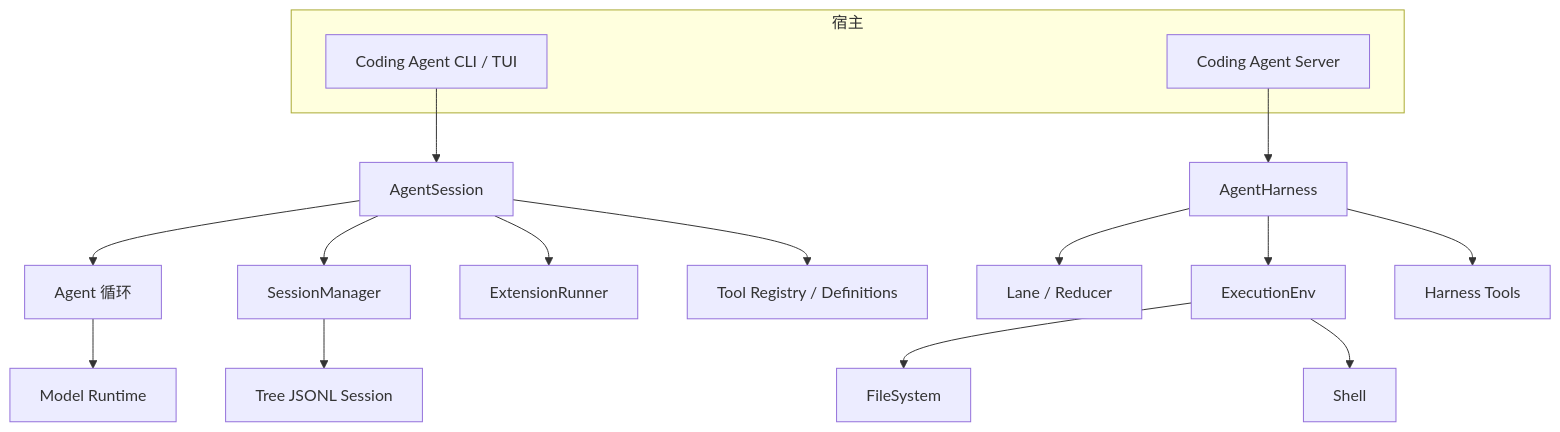
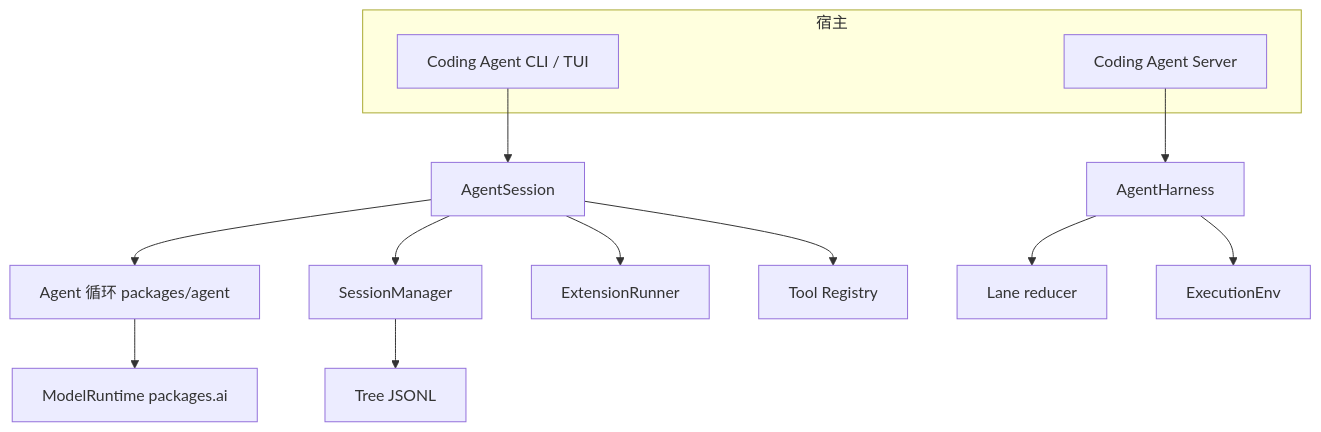
The first of 2 diagrams in tutorial/zh-CN/03-frameworks/pi/overview.md (xiaoslin9153/awesome-agent-harness-tutorial), drawn with Mermaid before and after one commit. The commit also changed other lines of this file and 3 other files, not shown here.

````diff
--- a/tutorial/zh-CN/03-frameworks/pi/overview.md
+++ b/tutorial/zh-CN/03-frameworks/pi/overview.md
@@ -47,21 +49,18 @@
 ```mermaid
 flowchart TD
   subgraph Hosts[宿主]
     CLI[Coding Agent CLI / TUI]
     Server[Coding Agent Server]
   end
 
   CLI --> AS[AgentSession]
   Server --> H[AgentHarness]
-  AS --> AG[Agent 循环]
+  AS --> AG[Agent 循环 packages/agent]
   AS --> SM[SessionManager]
   AS --> EX[ExtensionRunner]
-  AS --> TR[Tool Registry / Definitions]
-  H --> Lane[Lane / Reducer]
+  AS --> TR[Tool Registry]
+  H --> Lane[Lane reducer]
   H --> Env[ExecutionEnv]
-  H --> HT[Harness Tools]
-  AG --> Model[Model Runtime]
-  SM --> JSONL[Tree JSONL Session]
-  Env --> FS[FileSystem]
-  Env --> Shell[Shell]
+  AG --> Model[ModelRuntime packages.ai]
+  SM --> Tree[Tree JSONL]
 ```
````
